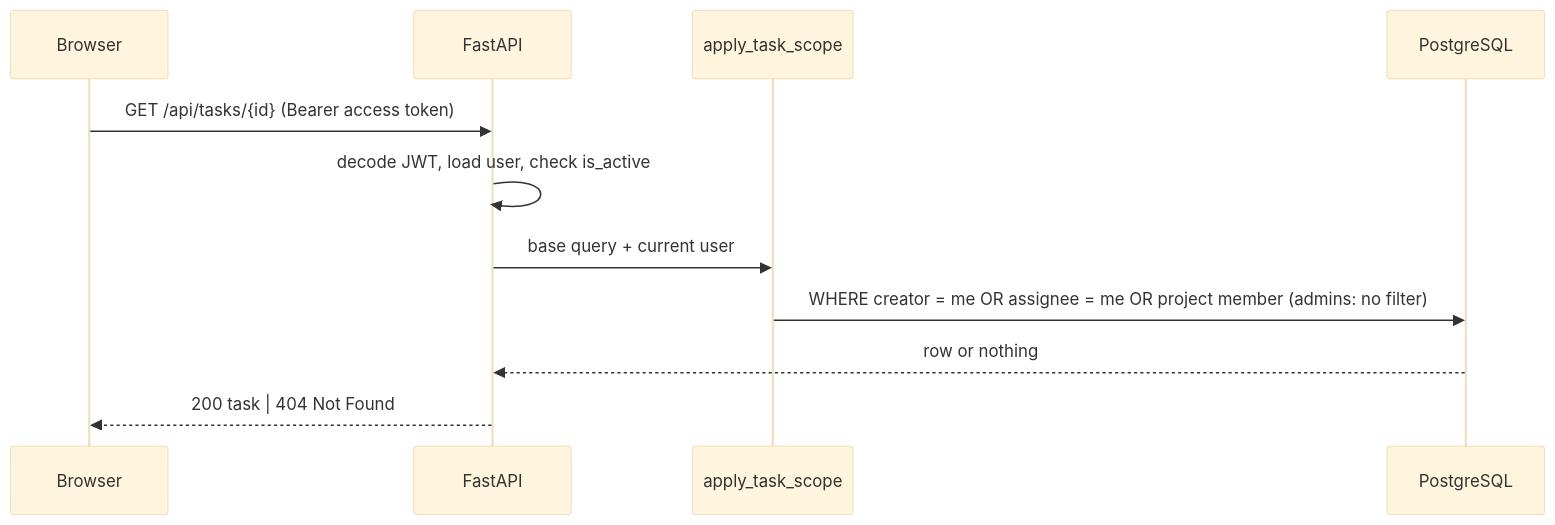
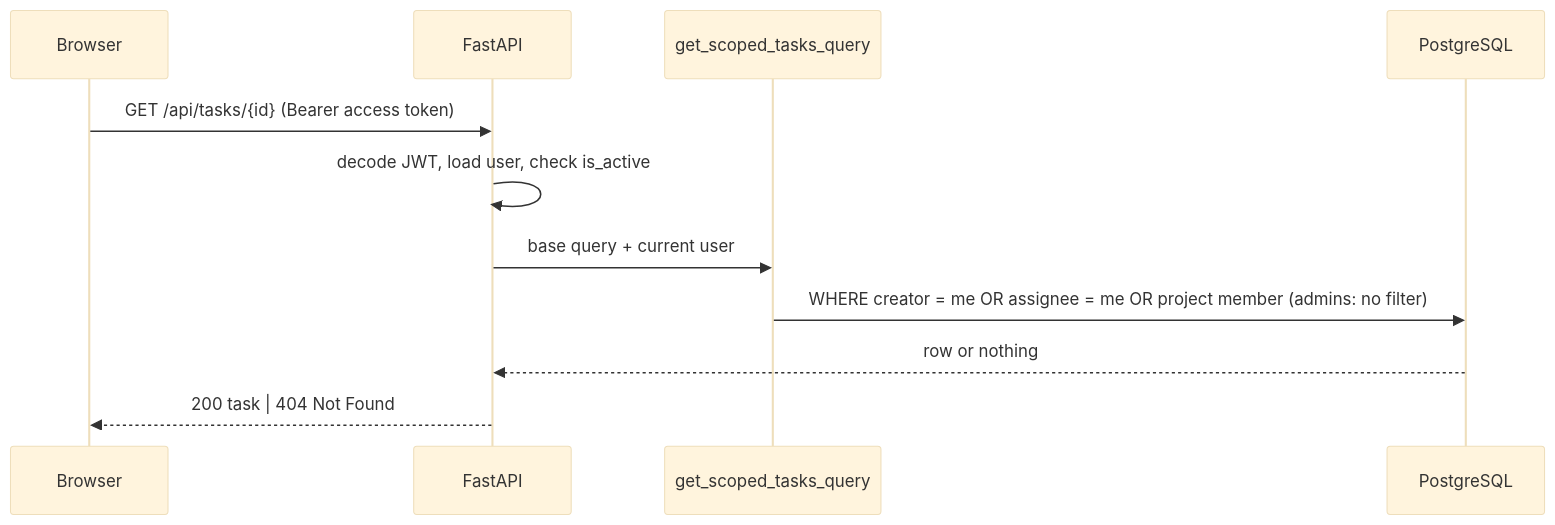
The fourth of 5 diagrams in docs/11_WORKFLOWS.md (Hamzaviour/Kairo-AI), drawn with Mermaid (base theme) before and after one commit. The commit also changed 1 other file, not shown here.

Commit message:
docs: name the real scope filter (get_scoped_tasks_query / get_task_or_404)
The proposal and workflows referenced apply_task_scope, which exists only
as pseudocode in the TRD.

````diff
--- a/docs/11_WORKFLOWS.md
+++ b/docs/11_WORKFLOWS.md
@@ -90,13 +90,13 @@
 ```mermaid
 sequenceDiagram
   participant B as Browser
   participant A as FastAPI
-  participant S as apply_task_scope
+  participant S as get_scoped_tasks_query
   participant DB as PostgreSQL
   B->>A: GET /api/tasks/{id} (Bearer access token)
   A->>A: decode JWT, load user, check is_active
   A->>S: base query + current user
   S->>DB: WHERE creator = me OR assignee = me OR project member (admins: no filter)
   DB-->>A: row or nothing
   A-->>B: 200 task  |  404 Not Found
 ```
````
